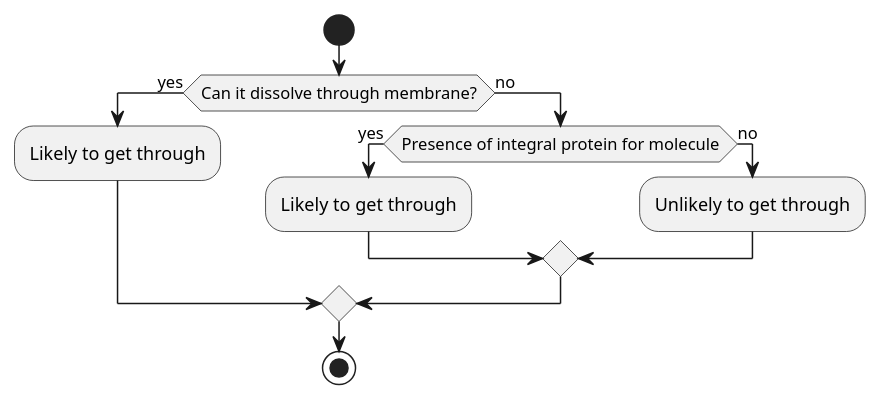
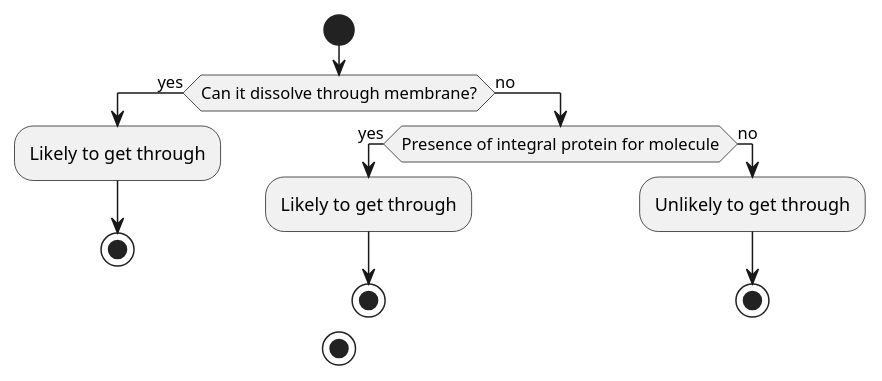
One commit to ashwinreddy/wiki changed the diagram in Biology/Cell-Biology/Cell-Membrane.md. Above: the diagram before and after it, drawn with PlantUML.

Commit message:
Updated Cell%20Membrane (markdown)

```diff
--- a/Biology/Cell-Biology/Cell-Membrane.md
+++ b/Biology/Cell-Biology/Cell-Membrane.md
@@ -40,13 +40,16 @@
 @startuml
 start
 if (Can it dissolve through membrane?) then (yes)
   :Likely to get through;
+  stop
 else (no)
   if (Presence of integral protein for molecule) then (yes)
     :Likely to get through;
+    stop
   else (no)
     :Unlikely to get through;
+    stop
   endif
 endif
 stop
 @enduml
```
